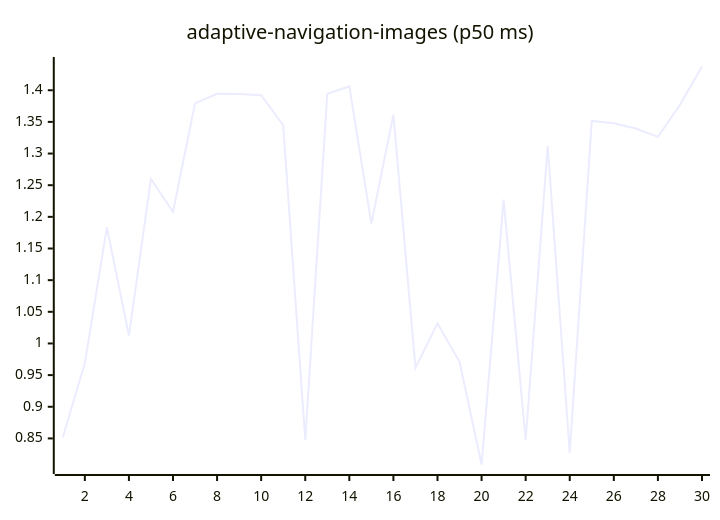
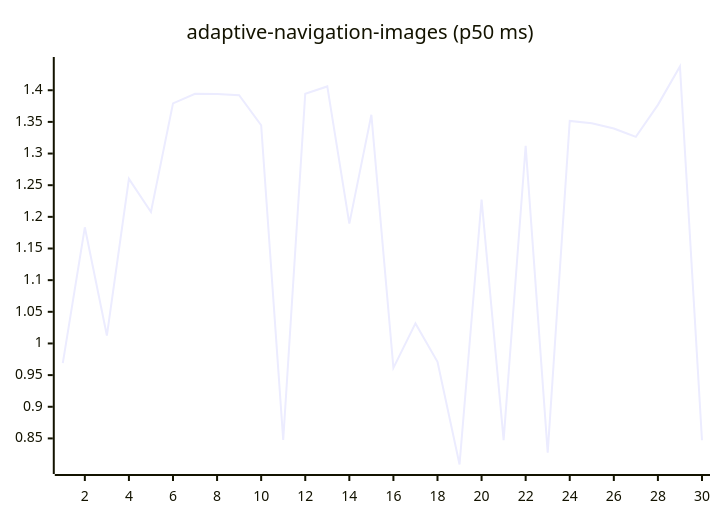
The first of 27 diagrams in README.md (josha/Facet), drawn with Mermaid before and after one commit. The commit also changed other lines of this file and 2 other files, not shown here.

````diff
--- a/README.md
+++ b/README.md
@@ -63,6 +63,6 @@
 ```mermaid
 xychart-beta
     title "adaptive-navigation-images (p50 ms)"
     x-axis 1 --> 30
-    line [0.8514, 0.9690, 1.1835, 1.0125, 1.2600, 1.2076, 1.3793, 1.3944, 1.3942, 1.3921, 1.3447, 0.8475, 1.3944, 1.4060, 1.1893, 1.3612, 0.9615, 1.0317, 0.9711, 0.8088, 1.2271, 0.8473, 1.3121, 0.8274, 1.3515, 1.3479, 1.3395, 1.3263, 1.3769, 1.4375]
+    line [0.9690, 1.1835, 1.0125, 1.2600, 1.2076, 1.3793, 1.3944, 1.3942, 1.3921, 1.3447, 0.8475, 1.3944, 1.4060, 1.1893, 1.3612, 0.9615, 1.0317, 0.9711, 0.8088, 1.2271, 0.8473, 1.3121, 0.8274, 1.3515, 1.3479, 1.3395, 1.3263, 1.3769, 1.4375, 0.8471]
 ```
````
